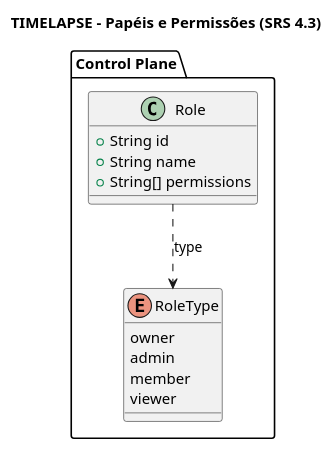
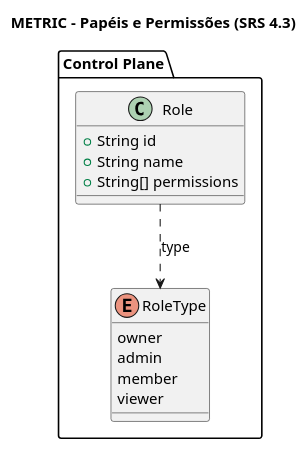
One commit to Gustavohps10/metric changed the diagram in docs/srs/diagrams/puml/classes/diagram-classes-006-roles.puml. Above: the diagram before and after it, drawn with PlantUML. The commit also changed 208 other files, not shown here.

Commit message:
chore: rename project from timelapse to metric

```diff
--- a/docs/srs/diagrams/puml/classes/diagram-classes-006-roles.puml
+++ b/docs/srs/diagrams/puml/classes/diagram-classes-006-roles.puml
@@ -1,18 +1,18 @@
 @startuml ClassRoles
-title TIMELAPSE - Papéis e Permissões (SRS 4.3)
+title METRIC - Papéis e Permissões (SRS 4.3)
 package "Control Plane" {
     class Role {
         +String id
         +String name
         +String[] permissions
     }
     
     enum RoleType {
         owner
         admin
         member
         viewer
     }
 }
 Role ..> RoleType : type
 @enduml
```
